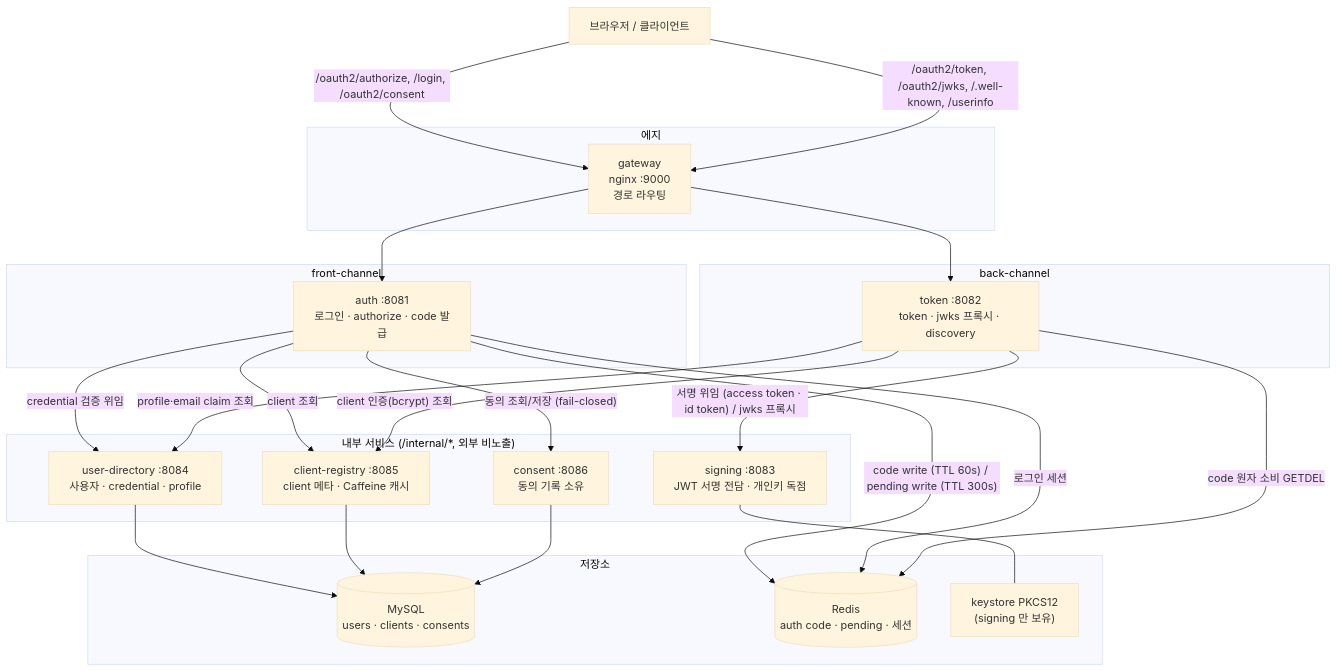
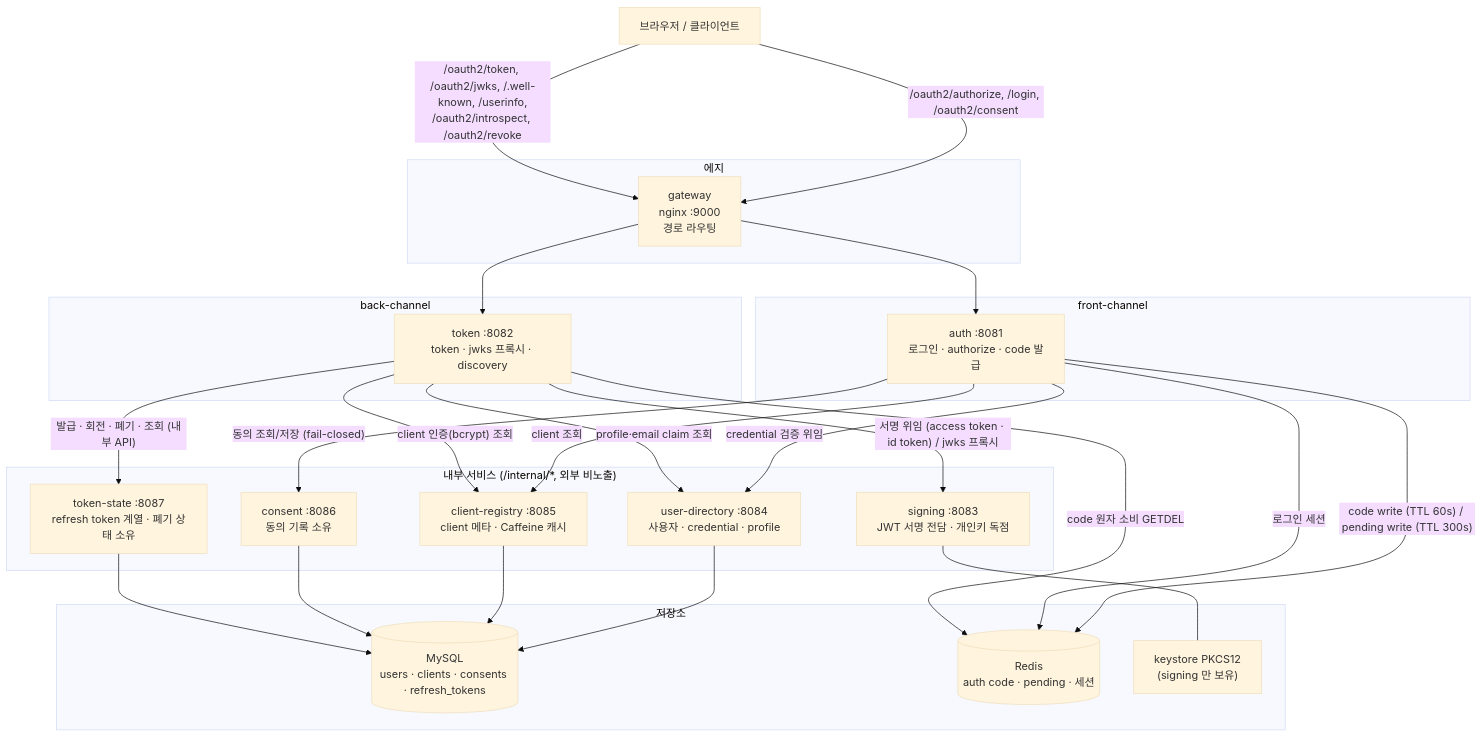
The first of 9 diagrams in oauth-2/authorization-server/practice/microservice/README.md (starryeye/spring-security), drawn with Mermaid (base theme) before and after one commit. The commit also changed other lines of this file and 1 other file, not shown here.

Commit message:
microservice: e2e verification and docs for token lifecycle slice

````diff
--- a/oauth-2/authorization-server/practice/microservice/README.md
+++ b/oauth-2/authorization-server/practice/microservice/README.md
@@ -37,50 +40,53 @@
 ```mermaid
 flowchart TB
     browser["브라우저 / 클라이언트"]
 
     subgraph edge["에지"]
         gateway["gateway<br/>nginx :9000<br/>경로 라우팅"]
     end
 
     subgraph front["front-channel"]
         auth["auth :8081<br/>로그인 · authorize · code 발급"]
     end
 
     subgraph back["back-channel"]
         token["token :8082<br/>token · jwks 프록시 · discovery"]
     end
 
     subgraph internal["내부 서비스 (/internal/*, 외부 비노출)"]
         signing["signing :8083<br/>JWT 서명 전담 · 개인키 독점"]
         userdir["user-directory :8084<br/>사용자 · credential · profile"]
         clientreg["client-registry :8085<br/>client 메타 · Caffeine 캐시"]
         consent["consent :8086<br/>동의 기록 소유"]
+        tokenstate["token-state :8087<br/>refresh token 계열 · 폐기 상태 소유"]
     end
 
     subgraph stores["저장소"]
-        mysql[("MySQL<br/>users · clients · consents")]
+        mysql[("MySQL<br/>users · clients · consents · refresh_tokens")]
         redis[("Redis<br/>auth code · pending · 세션")]
         keystore["keystore PKCS12<br/>(signing 만 보유)"]
     end
 
     browser -->|"/oauth2/authorize, /login, /oauth2/consent"| gateway
-    browser -->|"/oauth2/token, /oauth2/jwks, /.well-known, /userinfo"| gateway
+    browser -->|"/oauth2/token, /oauth2/jwks, /.well-known, /userinfo,<br/>/oauth2/introspect, /oauth2/revoke"| gateway
     gateway --> auth
     gateway --> token
 
     auth -->|"credential 검증 위임"| userdir
     auth -->|"client 조회"| clientreg
     auth -->|"동의 조회/저장 (fail-closed)"| consent
     auth -->|"code write (TTL 60s) / pending write (TTL 300s)"| redis
     auth -->|"로그인 세션"| redis
 
     token -->|"client 인증(bcrypt) 조회"| clientreg
     token -->|"code 원자 소비 GETDEL"| redis
     token -->|"서명 위임 (access token · id token) / jwks 프록시"| signing
     token -->|"profile·email claim 조회"| userdir
+    token -->|"발급 · 회전 · 폐기 · 조회 (내부 API)"| tokenstate
 
     userdir --> mysql
     clientreg --> mysql
     consent --> mysql
+    tokenstate --> mysql
     signing --- keystore
 ```
````
